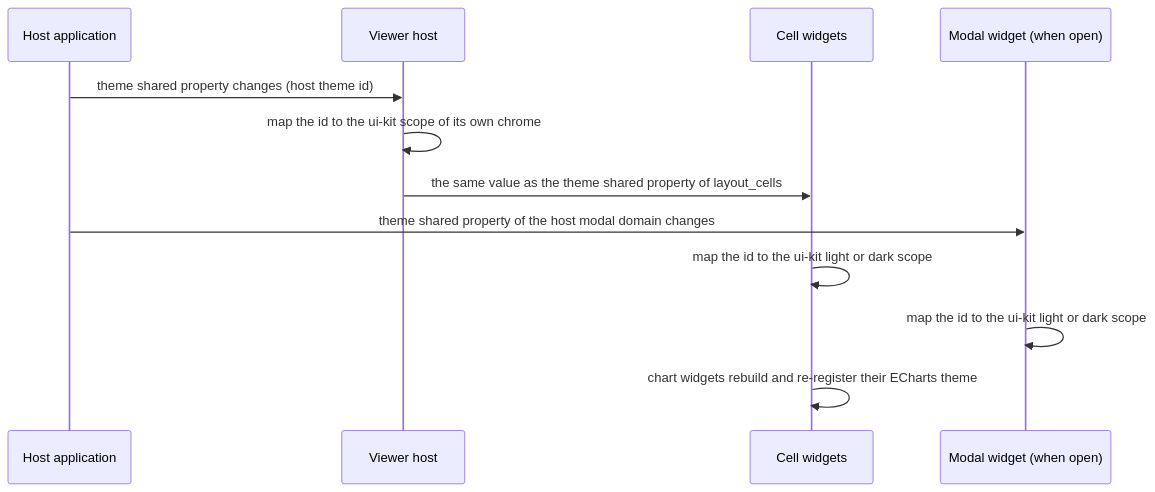
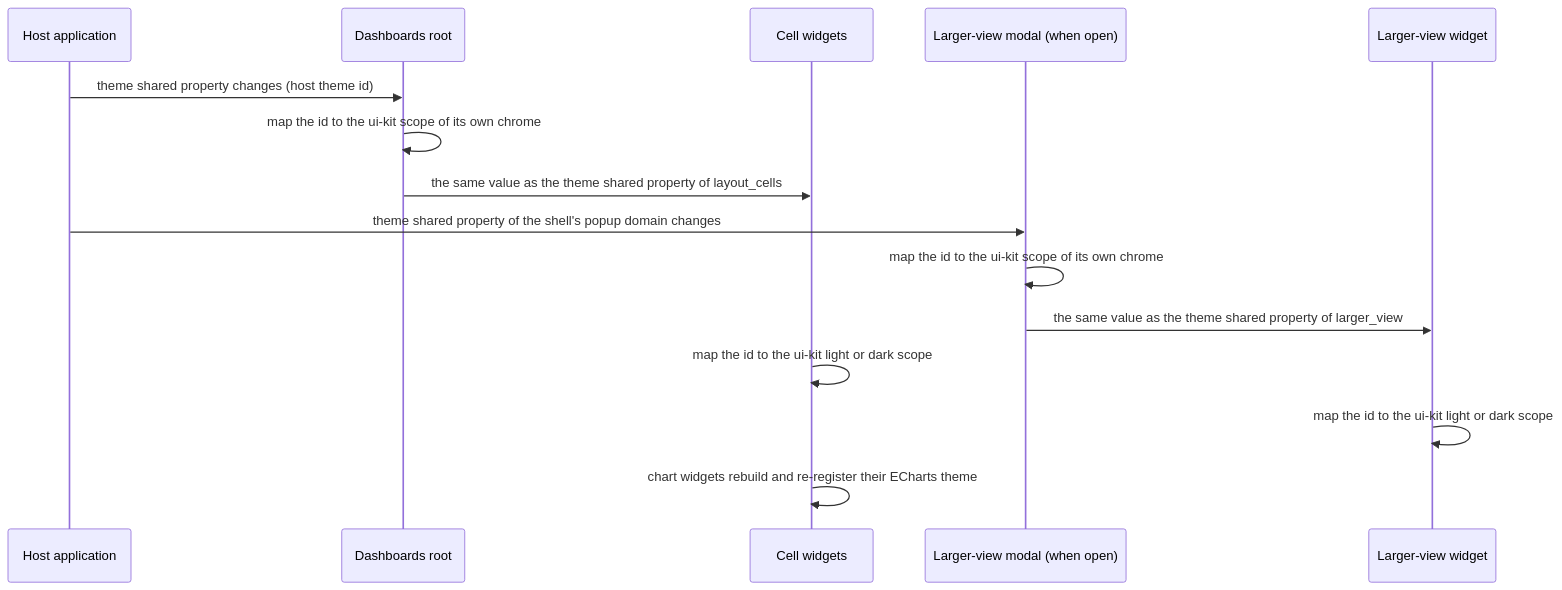
Before and after one commit to AndrejK666/gears-frontx-templates: the ninth of 11 diagrams in template-dashboard/architecture/DESIGN.md, drawn with Mermaid. The commit also changed other lines of this file and 25 other files, not shown here.

````diff
--- a/template-dashboard/architecture/DESIGN.md
+++ b/template-dashboard/architecture/DESIGN.md
@@ -911,15 +1242,18 @@
 ```mermaid
 sequenceDiagram
     participant H as Host application
-    participant VH as Viewer host
+    participant DR as Dashboards root
     participant CW as Cell widgets
-    participant MW as Modal widget (when open)
+    participant M as Larger-view modal (when open)
+    participant LW as Larger-view widget
 
-    H->>VH: theme shared property changes (host theme id)
-    VH->>VH: map the id to the ui-kit scope of its own chrome
-    VH->>CW: the same value as the theme shared property of layout_cells
-    H->>MW: theme shared property of the host modal domain changes
+    H->>DR: theme shared property changes (host theme id)
+    DR->>DR: map the id to the ui-kit scope of its own chrome
+    DR->>CW: the same value as the theme shared property of layout_cells
+    H->>M: theme shared property of the shell's popup domain changes
+    M->>M: map the id to the ui-kit scope of its own chrome
+    M->>LW: the same value as the theme shared property of larger_view
     CW->>CW: map the id to the ui-kit light or dark scope
-    MW->>MW: map the id to the ui-kit light or dark scope
+    LW->>LW: map the id to the ui-kit light or dark scope
     CW->>CW: chart widgets rebuild and re-register their ECharts theme
 ```
````
